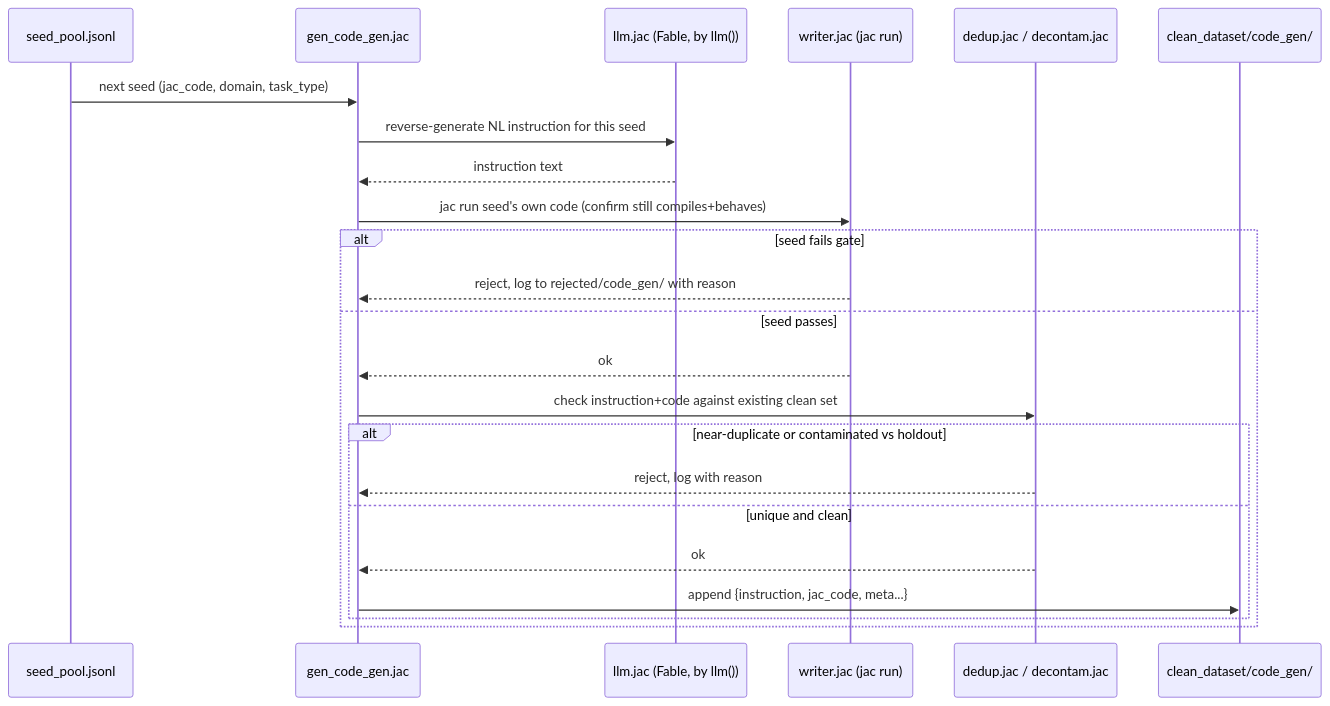
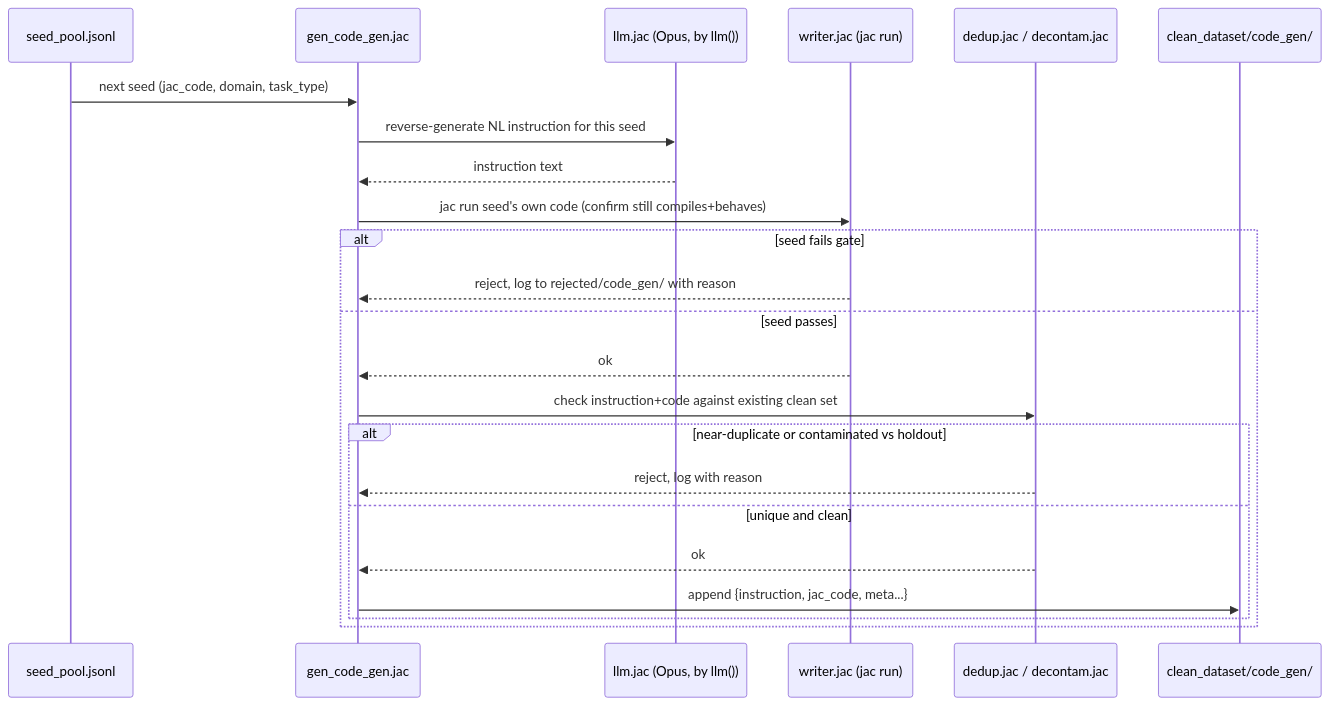
The second of 3 diagrams in 04-cpt-sft/docs/datagen/workflow.md (jaseci-labs/Jac_Model_Experiments), drawn with Mermaid before and after one commit. The commit also changed other lines of this file and 3 other files, not shown here.

First line of the commit message:
docs: 04-cpt-sft — split generator model, Opus for bulk, Fable for precision

````diff
--- a/04-cpt-sft/docs/datagen/workflow.md
+++ b/04-cpt-sft/docs/datagen/workflow.md
@@ -104,26 +105,26 @@
 ```mermaid
 sequenceDiagram
     participant Seed as seed_pool.jsonl
     participant Gen as gen_code_gen.jac
-    participant LLM as llm.jac (Fable, by llm())
+    participant LLM as llm.jac (Opus, by llm())
     participant Gate as writer.jac (jac run)
     participant Dedup as dedup.jac / decontam.jac
     participant Out as clean_dataset/code_gen/
 
     Seed->>Gen: next seed (jac_code, domain, task_type)
     Gen->>LLM: reverse-generate NL instruction for this seed
     LLM-->>Gen: instruction text
     Gen->>Gate: jac run seed's own code (confirm still compiles+behaves)
     alt seed fails gate
         Gate-->>Gen: reject, log to rejected/code_gen/ with reason
     else seed passes
         Gate-->>Gen: ok
         Gen->>Dedup: check instruction+code against existing clean set
         alt near-duplicate or contaminated vs holdout
             Dedup-->>Gen: reject, log with reason
         else unique and clean
             Dedup-->>Gen: ok
             Gen->>Out: append {instruction, jac_code, meta...}
         end
     end
 ```
````
